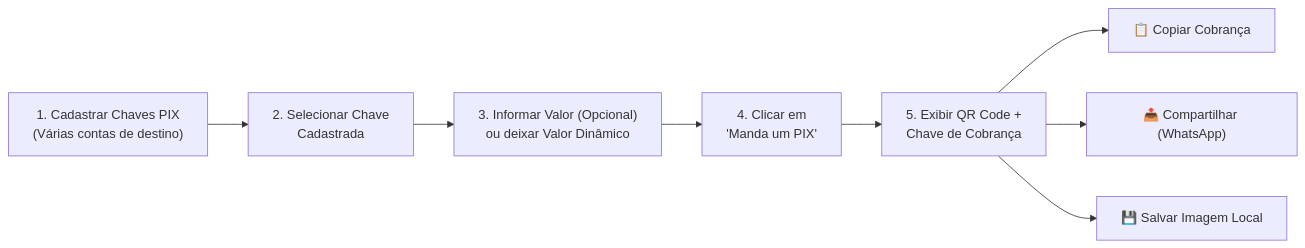
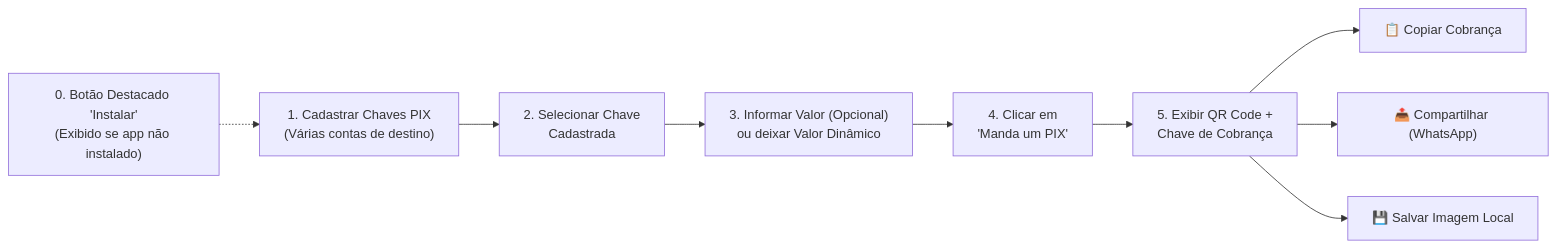
One commit to luizcanet/mandaumpix.app changed the diagram in docs/business/overview.md. Above: the diagram before and after it, drawn with Mermaid. The commit also changed other lines of this file and 10 other files, not shown here.

````diff
--- a/docs/business/overview.md
+++ b/docs/business/overview.md
@@ -41,10 +41,11 @@
 ```mermaid
 flowchart LR
-    A["1. Cadastrar Chaves PIX<br/>(Várias contas de destino)"] --> B["2. Selecionar Chave<br/>Cadastrada"]
+    I["0. Botão Destacado 'Instalar'<br/>(Exibido se app não instalado)"] -.-> A["1. Cadastrar Chaves PIX<br/>(Várias contas de destino)"]
+    A --> B["2. Selecionar Chave<br/>Cadastrada"]
     B --> C["3. Informar Valor (Opcional)<br/>ou deixar Valor Dinâmico"]
     C --> D["4. Clicar em<br/>'Manda um PIX'"]
     D --> E["5. Exibir QR Code +<br/>Chave de Cobrança"]
     E --> F1["📋 Copiar Cobrança"]
     E --> F2["📤 Compartilhar (WhatsApp)"]
     E --> F3["💾 Salvar Imagem Local"]
 ```
````
